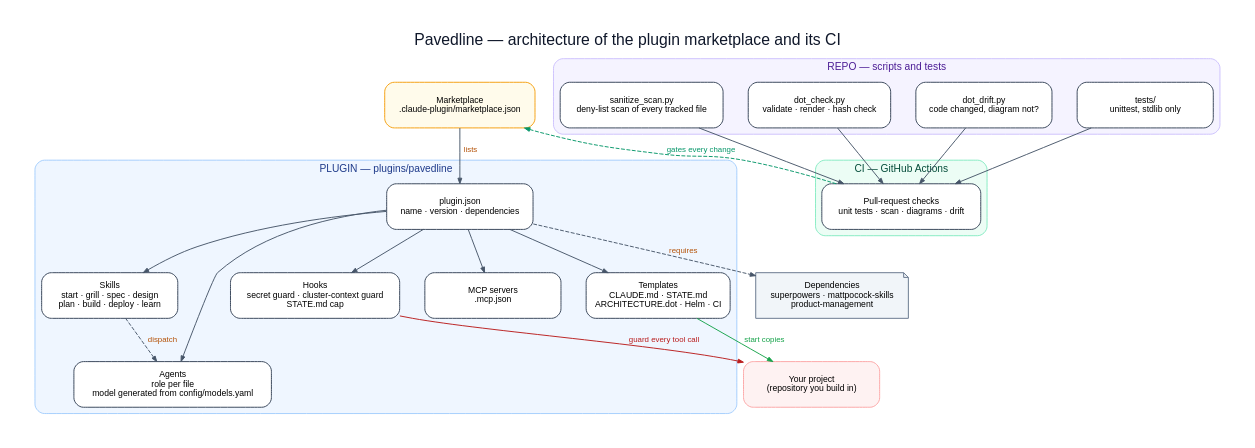
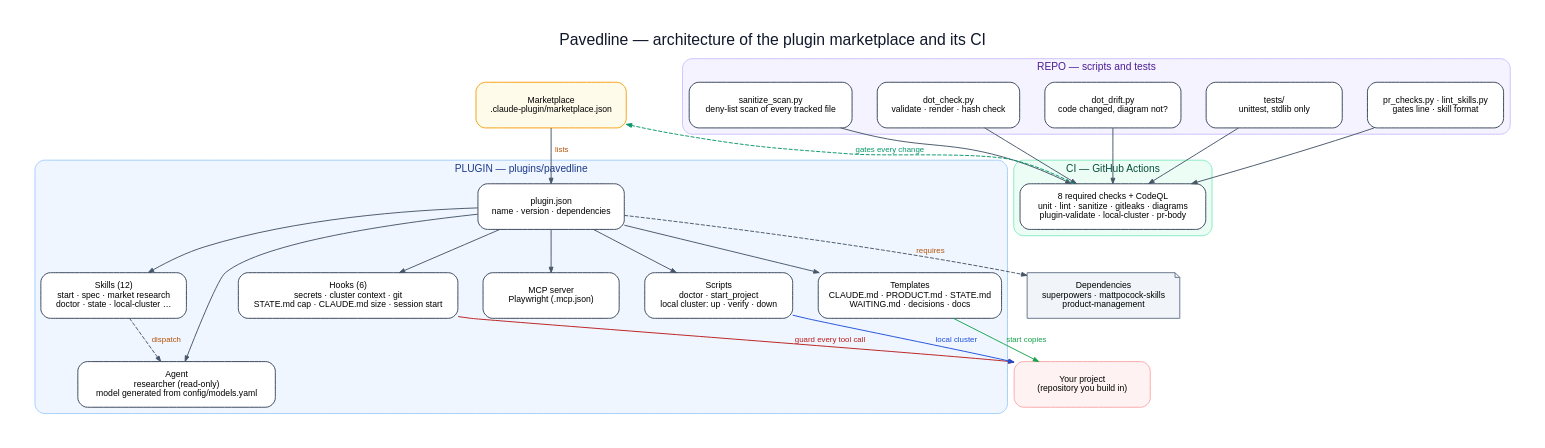
Before and after one commit to Marwan-G/pavedline: the diagram in ARCHITECTURE.dot, drawn with Graphviz. The commit also changed 3 other files, not shown here.

Commit message:
Architecture guide; diagram text matches the repo

```diff
--- a/ARCHITECTURE.dot
+++ b/ARCHITECTURE.dot
@@ -1,48 +1,51 @@
-// Pavedline — architecture of the factory itself. Source of truth for ARCHITECTURE.svg.
+// Pavedline — architecture of the factory itself. Source of truth for ARCHITECTURE.svg; explained in docs/architecture.md.
 // Validate + render: python3 scripts/dot_check.py   Check: python3 scripts/dot_check.py --check
 digraph architecture {
   graph [rankdir=TB, fontname="Helvetica", bgcolor="white", pad=0.4, nodesep=0.45, ranksep=0.6, newrank=true,
          label="Pavedline — architecture of the plugin marketplace and its CI",
          labelloc=t, fontsize=20, fontcolor="#0F172A"];
   node  [shape=box, style="rounded,filled", fontname="Helvetica", fontsize=11, color="#334155",
          fillcolor="#FFFFFF", penwidth=1.2, width=2.4, height=0.8];
   edge  [fontname="Helvetica", fontsize=10, color="#475569", arrowsize=0.7, penwidth=1.2, fontcolor="#B45309"];
 
   market [label="Marketplace\n.claude-plugin/marketplace.json", fillcolor="#FFFBEB", color="#F59E0B"];
   deps   [label="Dependencies\nsuperpowers · mattpocock-skills\nproduct-management", shape=note, fillcolor="#F1F5F9", color="#64748B"];
 
   subgraph cluster_plugin {
     label="PLUGIN — plugins/pavedline"; style="rounded,filled"; fillcolor="#EFF6FF"; color="#93C5FD"; fontcolor="#1E3A8A"; fontsize=13;
     manifest  [label="plugin.json\nname · version · dependencies"];
-    skills    [label="Skills\nstart · grill · spec · design\nplan · build · deploy · learn"];
-    agents    [label="Agents\nrole per file\nmodel generated from config/models.yaml"];
-    hooks     [label="Hooks\nsecret guard · cluster-context guard\nSTATE.md cap"];
-    mcp       [label="MCP servers\n.mcp.json"];
-    templates [label="Templates\nCLAUDE.md · STATE.md\nARCHITECTURE.dot · Helm · CI"];
+    skills    [label="Skills (12)\nstart · spec · market research\ndoctor · state · local-cluster …"];
+    agents    [label="Agent\nresearcher (read-only)\nmodel generated from config/models.yaml"];
+    hooks     [label="Hooks (6)\nsecrets · cluster context · git\nSTATE.md cap · CLAUDE.md size · session start"];
+    mcp       [label="MCP server\nPlaywright (.mcp.json)"];
+    scripts   [label="Scripts\ndoctor · start_project\nlocal cluster: up · verify · down"];
+    templates [label="Templates\nCLAUDE.md · PRODUCT.md · STATE.md\nWAITING.md · decisions · docs"];
   }
 
   subgraph cluster_repo {
     label="REPO — scripts and tests"; style="rounded,filled"; fillcolor="#F5F3FF"; color="#C4B5FD"; fontcolor="#4C1D95"; fontsize=13;
     sanitize [label="sanitize_scan.py\ndeny-list scan of every tracked file"];
     dotcheck [label="dot_check.py\nvalidate · render · hash check"];
     dotdrift [label="dot_drift.py\ncode changed, diagram not?"];
     tests    [label="tests/\nunittest, stdlib only"];
+    prcheck  [label="pr_checks.py · lint_skills.py\ngates line · skill format"];
   }
 
   subgraph cluster_ci {
     label="CI — GitHub Actions"; style="rounded,filled"; fillcolor="#ECFDF5"; color="#6EE7B7"; fontcolor="#064E3B"; fontsize=13;
-    ci [label="Pull-request checks\nunit tests · scan · diagrams · drift"];
+    ci [label="8 required checks + CodeQL\nunit · lint · sanitize · gitleaks · diagrams\nplugin-validate · local-cluster · pr-body"];
   }
 
   user [label="Your project\n(repository you build in)", fillcolor="#FEF2F2", color="#FCA5A5"];
 
   market -> manifest [label=" lists "];
   manifest -> deps [label=" requires ", style=dashed];
-  manifest -> skills; manifest -> agents; manifest -> hooks; manifest -> mcp; manifest -> templates;
+  manifest -> skills; manifest -> agents; manifest -> hooks; manifest -> mcp; manifest -> templates; manifest -> scripts;
   templates -> user [label=" start copies ", color="#16A34A", fontcolor="#16A34A"];
   hooks -> user [label=" guard every tool call ", color="#B91C1C", fontcolor="#B91C1C"];
+  scripts -> user [label=" local cluster ", color="#1D4ED8", fontcolor="#1D4ED8"];
   skills -> agents [label=" dispatch ", style=dashed];
 
-  sanitize -> ci; dotcheck -> ci; dotdrift -> ci; tests -> ci;
+  sanitize -> ci; dotcheck -> ci; dotdrift -> ci; tests -> ci; prcheck -> ci;
   ci -> market [label=" gates every change ", style=dashed, color="#059669", fontcolor="#059669", constraint=false];
 }
```
